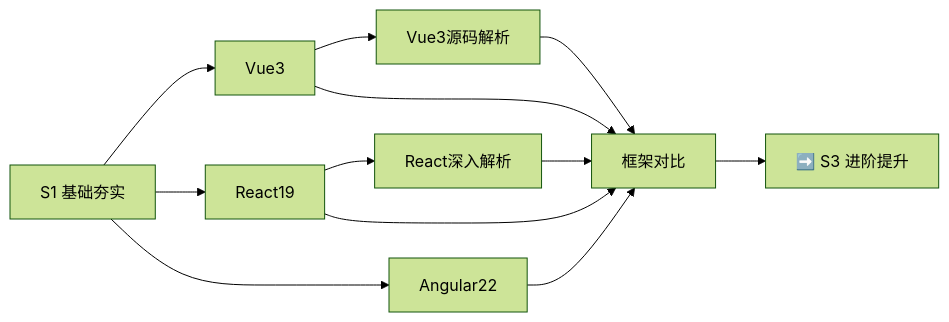
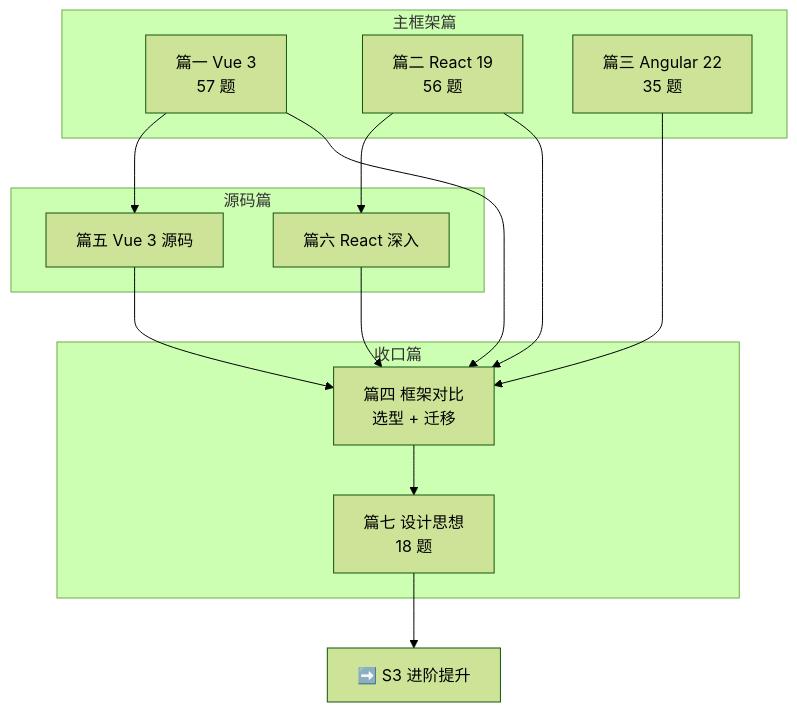
Before and after one commit to KMaybe01/interview-demo: the diagram in docs/S2-框架深入/index.md, drawn with Mermaid (forest theme). The commit also changed other lines of this file and 9 other files, not shown here.

````diff
--- a/docs/S2-框架深入/index.md
+++ b/docs/S2-框架深入/index.md
@@ -16,14 +49,25 @@
 ```mermaid
-graph LR
-    S1["S1 基础夯实"] --> Vue["Vue3"]
-    S1 --> React["React19"]
-    S1 --> Angular["Angular22"]
-    Vue --> VueSrc["Vue3源码解析"]
-    React --> ReactDeep["React深入解析"]
-    Vue --> Compare["框架对比"]
-    React --> Compare
-    Angular --> Compare
-    VueSrc --> Compare
-    ReactDeep --> Compare
-    Compare --> S3["➡️ S3 进阶提升"]
+graph TB
+    subgraph 主框架篇
+        V["篇一 Vue 3<br/>57 题"]
+        R["篇二 React 19<br/>56 题"]
+        A["篇三 Angular 22<br/>35 题"]
+    end
+    subgraph 源码篇
+        VS["篇五 Vue 3 源码"]
+        RS["篇六 React 深入"]
+    end
+    subgraph 收口篇
+        C["篇四 框架对比<br/>选型 + 迁移"]
+        D["篇七 设计思想<br/>18 题"]
+    end
+    V --> VS
+    R --> RS
+    V --> C
+    R --> C
+    A --> C
+    VS --> C
+    RS --> C
+    C --> D
+    D --> S3["➡️ S3 进阶提升"]
 ```
````
